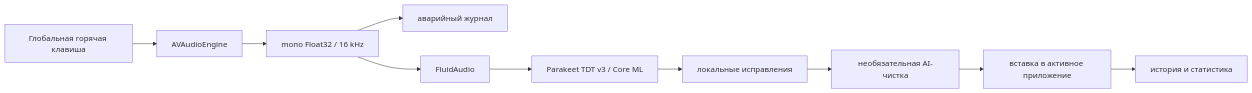
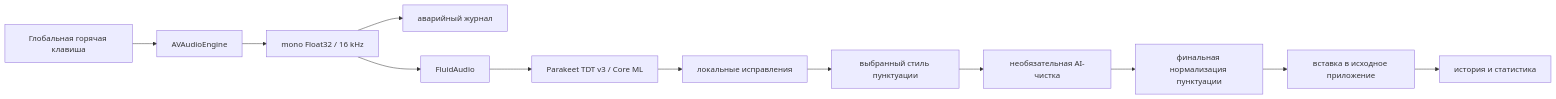
Before and after one commit to fazzilka/voice_to_text: the diagram in README.md, drawn with Mermaid. The commit also changed other lines of this file and 2 other files, not shown here.

````diff
--- a/README.md
+++ b/README.md
@@ -116,12 +131,14 @@
 ```mermaid
 flowchart LR
     H["Глобальная горячая клавиша"] --> A["AVAudioEngine"]
     A --> N["mono Float32 / 16 kHz"]
     N --> J["аварийный журнал"]
     N --> F["FluidAudio"]
     F --> P["Parakeet TDT v3 / Core ML"]
     P --> C["локальные исправления"]
-    C --> O["необязательная AI-чистка"]
-    O --> D["вставка в активное приложение"]
+    C --> U["выбранный стиль пунктуации"]
+    U --> O["необязательная AI-чистка"]
+    O --> U2["финальная нормализация пунктуации"]
+    U2 --> D["вставка в исходное приложение"]
     D --> R["история и статистика"]
 ```
````
